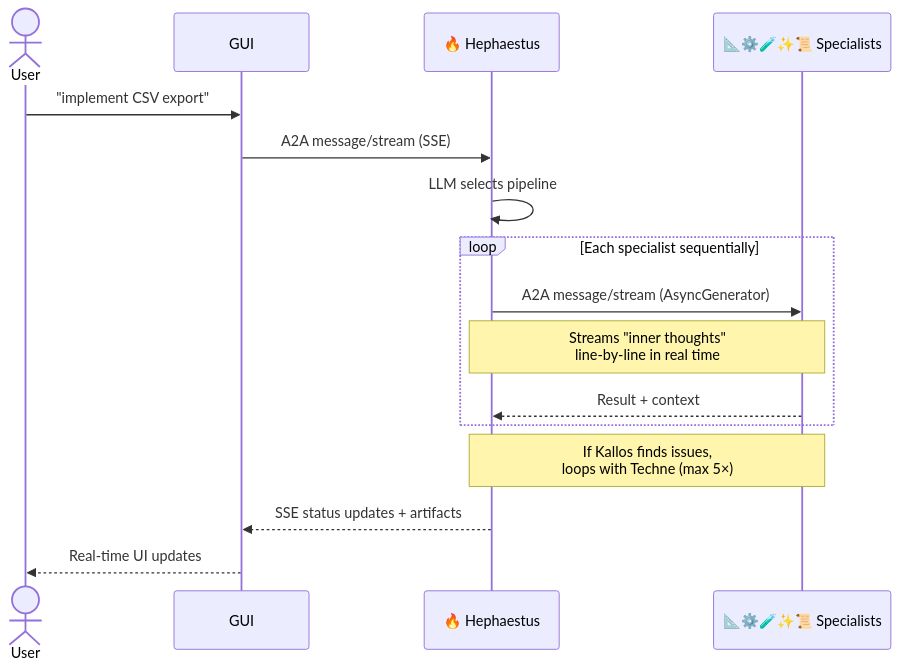
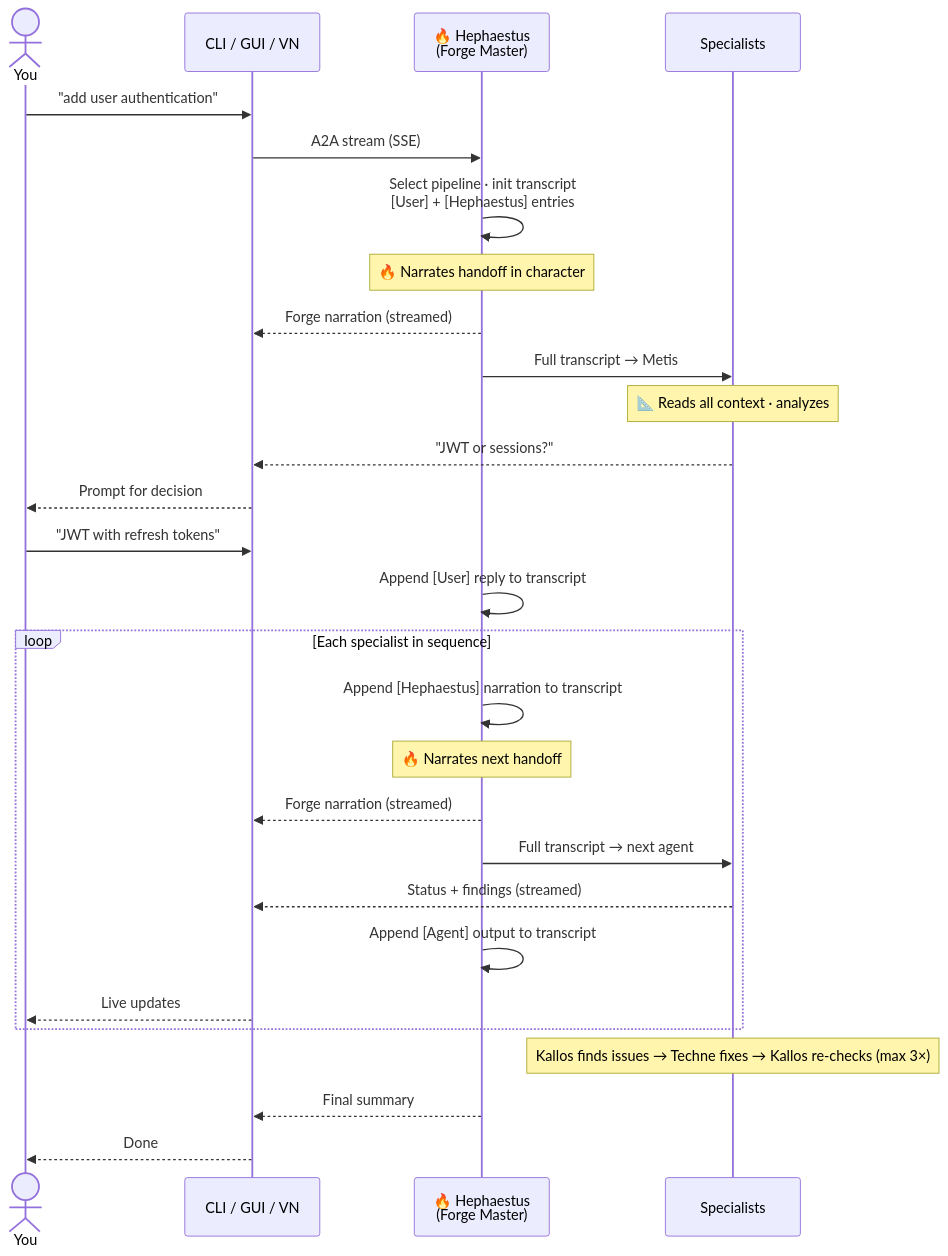
One commit to ajbarea/zensical-projects changed the diagram in kourai-khryseai/docs/overview.md. Above: the diagram before and after it, drawn with Mermaid. The commit also changed other lines of this file and 50 other files, not shown here.

````diff
--- a/kourai-khryseai/docs/overview.md
+++ b/kourai-khryseai/docs/overview.md
@@ -64,19 +58,34 @@
-```mermaid
-sequenceDiagram
-    actor User
-    participant GUI
-    participant Hephaestus as 🔥 Hephaestus
-    participant Specialists as 📐⚙️🧪✨📜 Specialists
+    ```mermaid
+    sequenceDiagram
+        actor You
+        participant UI as CLI / GUI / VN
+        participant Hep as 🔥 Hephaestus<br/>(Forge Master)
+        participant Spec as Specialists
 
-    User->>GUI: "implement CSV export"
-    GUI->>Hephaestus: A2A message/stream (SSE)
-    Hephaestus->>Hephaestus: LLM selects pipeline
-    loop Each specialist sequentially
-        Hephaestus->>Specialists: A2A message/stream (AsyncGenerator)
-        Note over Specialists,Hephaestus: Streams "inner thoughts"<br/>line-by-line in real time
-        Specialists-->>Hephaestus: Result + context
-    end
-    Note over Hephaestus,Specialists: If Kallos finds issues,<br/>loops with Techne (max 5×)
-    Hephaestus-->>GUI: SSE status updates + artifacts
-    GUI-->>User: Real-time UI updates
-```
+        You->>UI: "add user authentication"
+        UI->>Hep: A2A stream (SSE)
+        Hep->>Hep: Select pipeline · init transcript<br/>[User] + [Hephaestus] entries
+
+        Note over Hep: 🔥 Narrates handoff in character
+        Hep-->>UI: Forge narration (streamed)
+        Hep->>Spec: Full transcript → Metis
+        Note over Spec: 📐 Reads all context · analyzes
+        Spec-->>UI: "JWT or sessions?"
+        UI-->>You: Prompt for decision
+        You->>UI: "JWT with refresh tokens"
+        Hep->>Hep: Append [User] reply to transcript
+
+        loop Each specialist in sequence
+            Hep->>Hep: Append [Hephaestus] narration to transcript
+            Note over Hep: 🔥 Narrates next handoff
+            Hep-->>UI: Forge narration (streamed)
+            Hep->>Spec: Full transcript → next agent
+            Spec-->>UI: Status + findings (streamed)
+            Hep->>Hep: Append [Agent] output to transcript
+            UI-->>You: Live updates
+        end
+
+        Note over Spec: Kallos finds issues → Techne fixes → Kallos re-checks (max 3×)
+        Hep-->>UI: Final summary
+        UI-->>You: Done
+    ```
````
